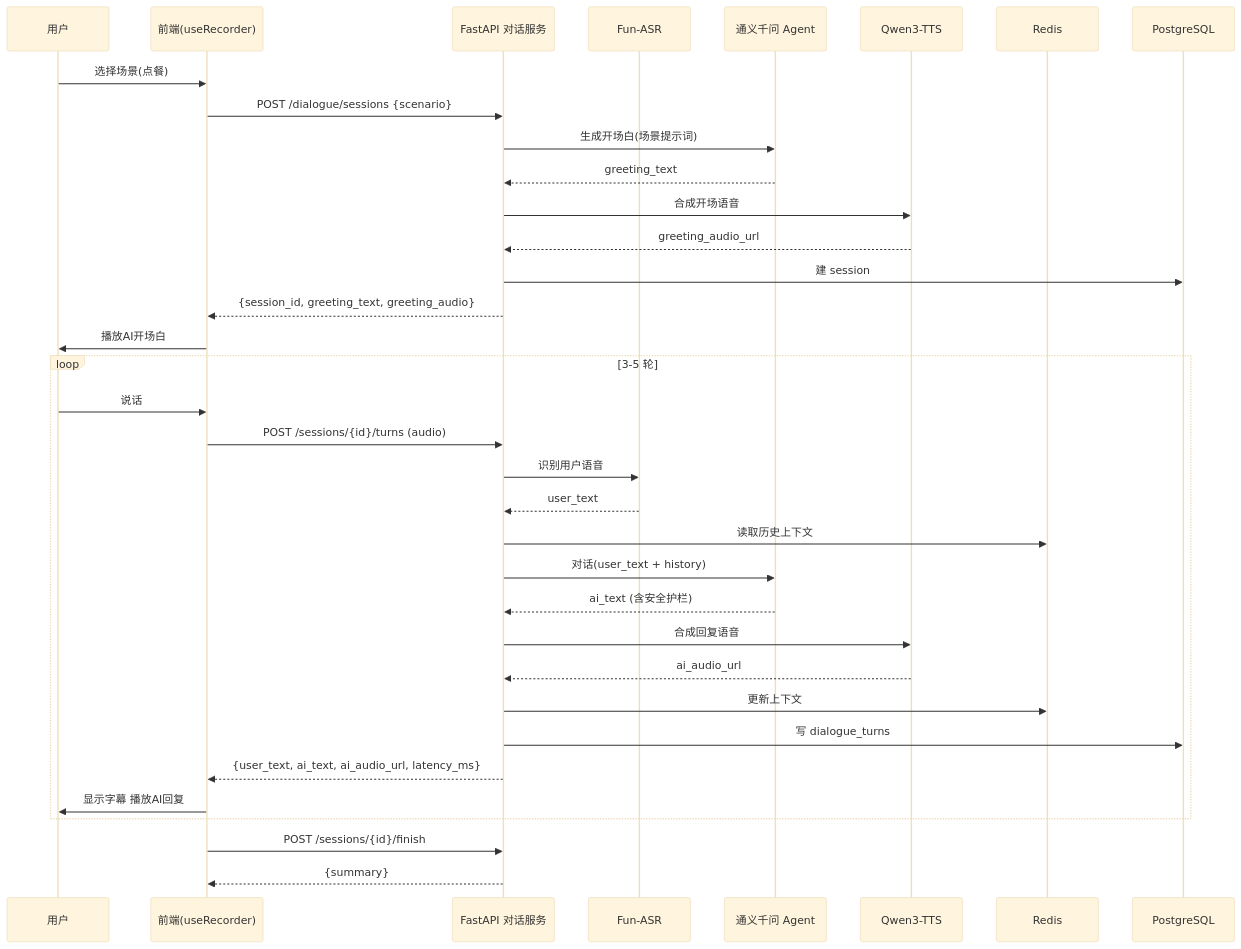
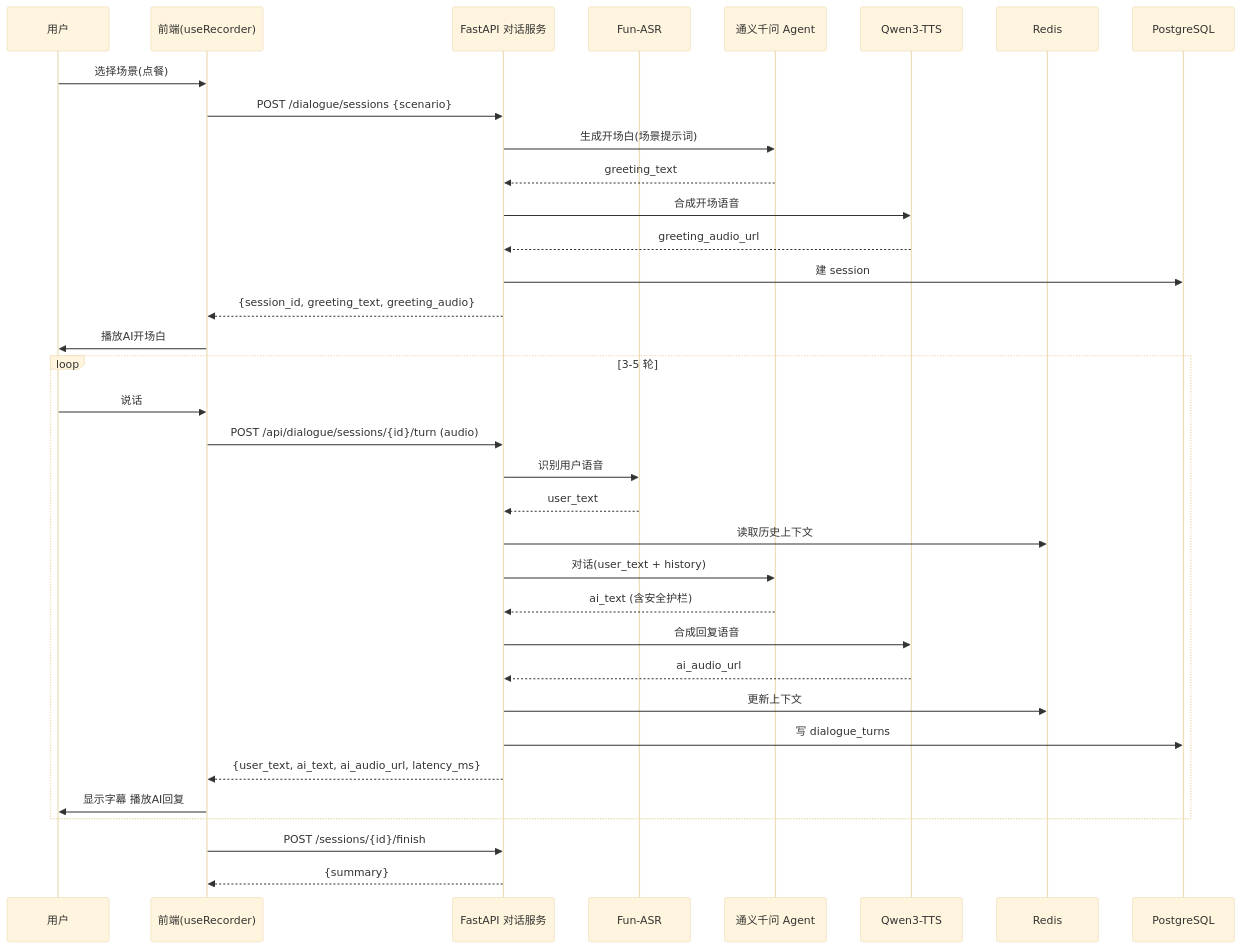
The fourth of 5 diagrams in system_design.md (chenfei462/ai-hearing-rehabilitation), drawn with Mermaid (base theme) before and after one commit. The commit also changed other lines of this file and 157 other files, not shown here.

````diff
--- a/system_design.md
+++ b/system_design.md
@@ -510,38 +506,38 @@
 ```mermaid
 sequenceDiagram
     participant U as 用户
     participant FE as 前端(useRecorder)
     participant API as FastAPI 对话服务
     participant ASR as Fun-ASR
     participant AG as 通义千问 Agent
     participant TTS as Qwen3-TTS
     participant RD as Redis
     participant DB as PostgreSQL
 
     U->>FE: 选择场景(点餐)
     FE->>API: POST /dialogue/sessions {scenario}
     API->>AG: 生成开场白(场景提示词)
     AG-->>API: greeting_text
     API->>TTS: 合成开场语音
     TTS-->>API: greeting_audio_url
     API->>DB: 建 session
     API-->>FE: {session_id, greeting_text, greeting_audio}
     FE->>U: 播放AI开场白
     loop 3-5 轮
         U->>FE: 说话
-        FE->>API: POST /sessions/{id}/turns (audio)
+        FE->>API: POST /api/dialogue/sessions/{id}/turn (audio)
         API->>ASR: 识别用户语音
         ASR-->>API: user_text
         API->>RD: 读取历史上下文
         API->>AG: 对话(user_text + history)
         AG-->>API: ai_text (含安全护栏)
         API->>TTS: 合成回复语音
         TTS-->>API: ai_audio_url
         API->>RD: 更新上下文
         API->>DB: 写 dialogue_turns
         API-->>FE: {user_text, ai_text, ai_audio_url, latency_ms}
         FE->>U: 显示字幕 播放AI回复
     end
     FE->>API: POST /sessions/{id}/finish
     API-->>FE: {summary}
 ```
````
